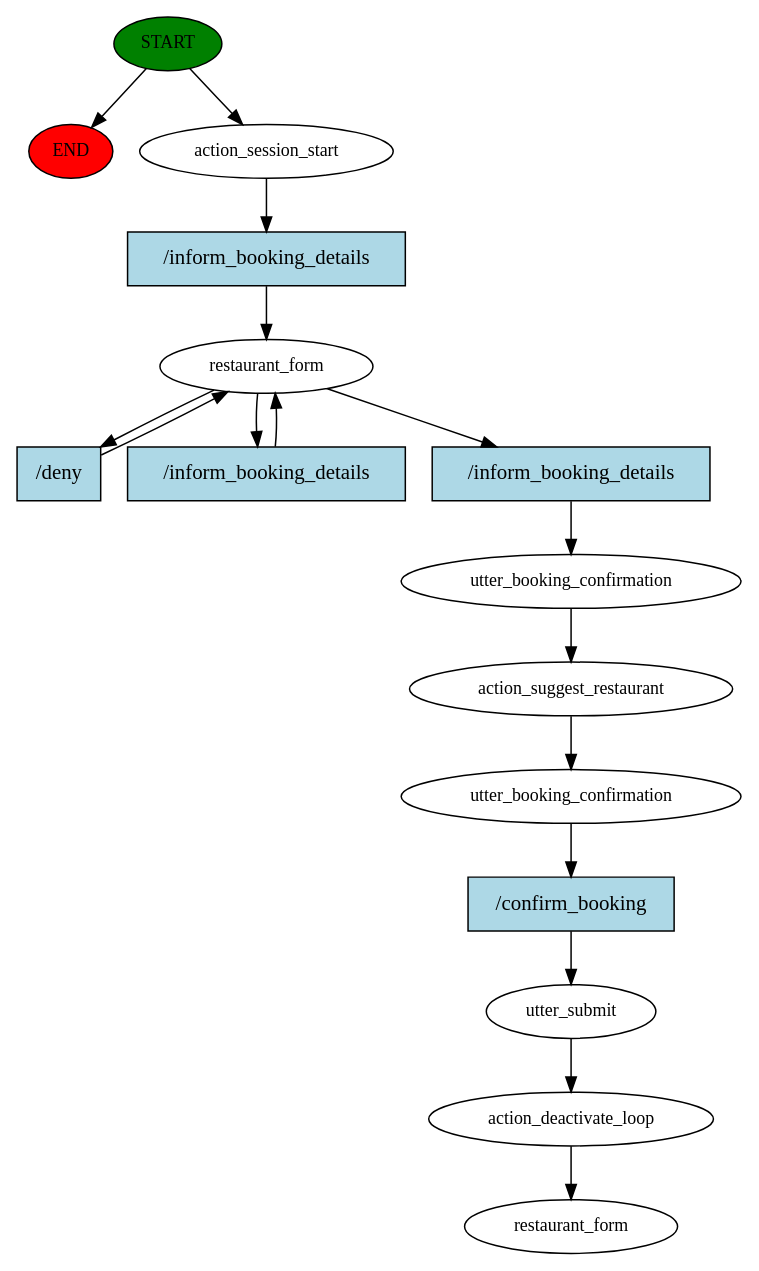
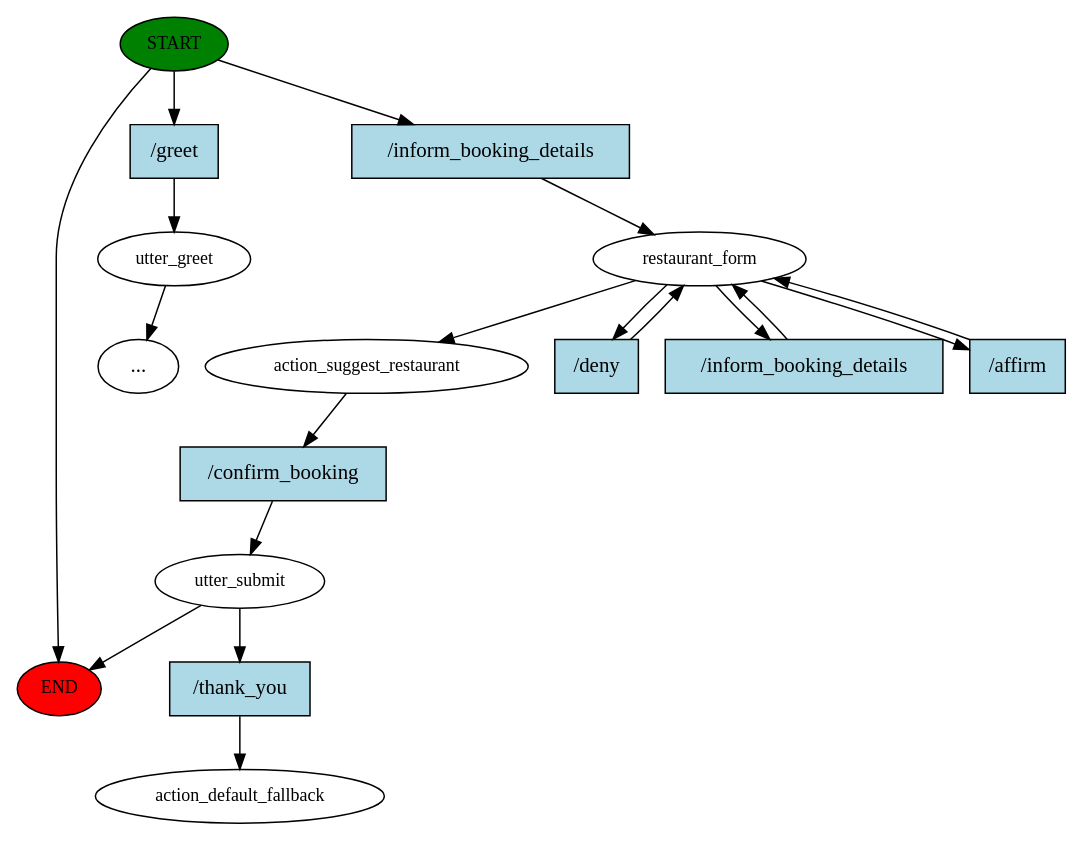
One commit to JasminDenise/voiceAssistantAlice changed the diagram in story_graph.dot. Above: the diagram before and after it, drawn with Graphviz. The commit also changed 51 other files, not shown here.

```diff
--- a/story_graph.dot
+++ b/story_graph.dot
@@ -1,33 +1,35 @@
 digraph  {
 0 [class="start active", fillcolor=green, fontsize=12, label=START, style=filled];
 "-1" [class=end, fillcolor=red, fontsize=12, label=END, style=filled];
-1 [class=active, fontsize=12, label=action_session_start];
-2 [class=active, fontsize=12, label=restaurant_form];
-5 [class=active, fontsize=12, label=utter_booking_confirmation];
-6 [class=active, fontsize=12, label=action_suggest_restaurant];
-7 [class=active, fontsize=12, label=utter_booking_confirmation];
-8 [class=active, fontsize=12, label=utter_submit];
-9 [class=active, fontsize=12, label=action_deactivate_loop];
-10 [class="dashed active", fontsize=12, label=restaurant_form];
-11 [class="intent active", fillcolor=lightblue, label="/inform_booking_details", shape=rect, style=filled];
-12 [class="intent active", fillcolor=lightblue, label="/deny", shape=rect, style=filled];
-13 [class="intent active", fillcolor=lightblue, label="/inform_booking_details", shape=rect, style=filled];
-14 [class="intent active", fillcolor=lightblue, label="/inform_booking_details", shape=rect, style=filled];
-15 [class="intent active", fillcolor=lightblue, label="/confirm_booking", shape=rect, style=filled];
+1 [class="", fontsize=12, label=utter_greet];
+"-5" [class=ellipsis, label="..."];
+4 [class=active, fontsize=12, label=restaurant_form];
+9 [class=active, fontsize=12, label=action_suggest_restaurant];
+10 [class=active, fontsize=12, label=utter_submit];
+18 [class="dashed active", fontsize=12, label=action_default_fallback];
+19 [class=intent, fillcolor=lightblue, label="/greet", shape=rect, style=filled];
+20 [class="intent active", fillcolor=lightblue, label="/inform_booking_details", shape=rect, style=filled];
+21 [class=intent, fillcolor=lightblue, label="/deny", shape=rect, style=filled];
+22 [class="intent active", fillcolor=lightblue, label="/inform_booking_details", shape=rect, style=filled];
+23 [class="intent active", fillcolor=lightblue, label="/affirm", shape=rect, style=filled];
+24 [class="intent active", fillcolor=lightblue, label="/confirm_booking", shape=rect, style=filled];
+25 [class="intent active", fillcolor=lightblue, label="/thank_you", shape=rect, style=filled];
 0 -> "-1"  [class="", key=NONE, label=""];
-0 -> 1  [class=active, key=NONE, label=""];
-1 -> 11  [class=active, key=0];
-2 -> 12  [class=active, key=0];
-2 -> 13  [class=active, key=0];
-2 -> 14  [class=active, key=0];
-5 -> 6  [class=active, key=NONE, label=""];
-6 -> 7  [class=active, key=NONE, label=""];
-7 -> 15  [class=active, key=0];
-8 -> 9  [class=active, key=NONE, label=""];
-9 -> 10  [class=active, key=NONE, label=""];
-11 -> 2  [class=active, key=0];
-12 -> 2  [class=active, key=0];
-13 -> 2  [class=active, key=0];
-14 -> 5  [class=active, key=0];
-15 -> 8  [class=active, key=0];
+0 -> 19  [class="", key=0];
+0 -> 20  [class=active, key=0];
+1 -> "-5"  [class="", key=NONE, label=""];
+4 -> 9  [class=active, key=NONE, label=""];
+4 -> 21  [class="", key=0];
+4 -> 22  [class=active, key=0];
+4 -> 23  [class=active, key=0];
+9 -> 24  [class=active, key=0];
+10 -> "-1"  [class="", key=NONE, label=""];
+10 -> 25  [class=active, key=0];
+19 -> 1  [class="", key=0];
+20 -> 4  [class=active, key=0];
+21 -> 4  [class="", key=0];
+22 -> 4  [class=active, key=0];
+23 -> 4  [class=active, key=0];
+24 -> 10  [class=active, key=0];
+25 -> 18  [class=active, key=0];
 }
```
